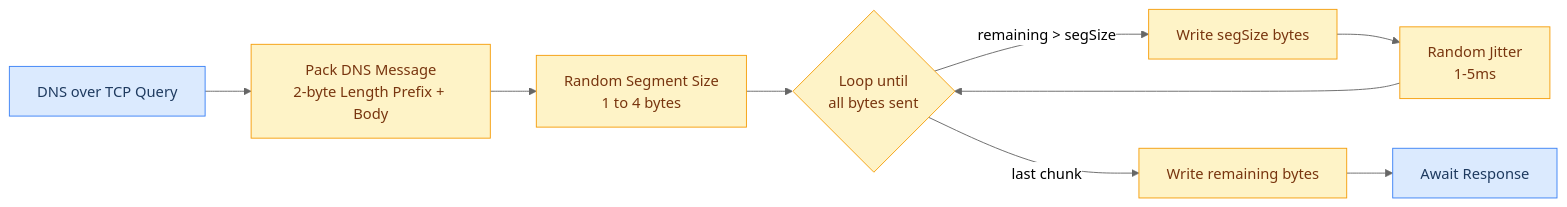
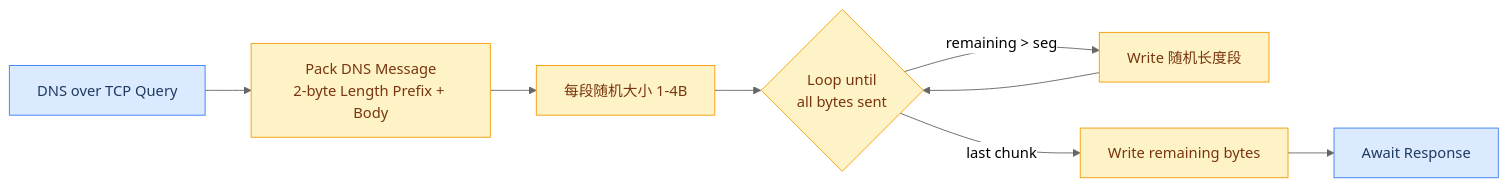
Before and after one commit to hezhijie0327/ZJDNS: diagram 16 of 30 in docs/FLOWCHARTS.md, drawn with Mermaid (neutral theme). The commit also changed other lines of this file and 8 other files, not shown here.

````diff
--- a/docs/FLOWCHARTS.md
+++ b/docs/FLOWCHARTS.md
@@ -334,15 +463,14 @@
 ```mermaid
 graph LR
     Q[DNS over TCP Query] --> PACK[Pack DNS Message<br/>2-byte Length Prefix + Body]
-    PACK --> RAND[Random Segment Size<br/>1 to 4 bytes]
+    PACK --> RAND[每段随机大小 1-4B]
     RAND --> LOOP{Loop until<br/>all bytes sent}
-    LOOP -->|remaining > segSize| SEND[Write segSize bytes]
-    SEND --> JITTER[Random Jitter<br/>1-5ms]
-    JITTER --> LOOP
+    LOOP -->|remaining > seg| SEND[Write 随机长度段]
+    SEND --> LOOP
     LOOP -->|last chunk| LAST[Write remaining bytes]
     LAST --> WAIT[Await Response]
     classDef io fill:#dbeafe,stroke:#3b82f6,color:#1e3a5f
     classDef proc fill:#fef3c7,stroke:#f59e0b,color:#78350f
     class Q,WAIT io
-    class PACK,RAND,LOOP,SEND,JITTER,LAST proc
+    class PACK,RAND,LOOP,SEND,LAST proc
 ```
````
